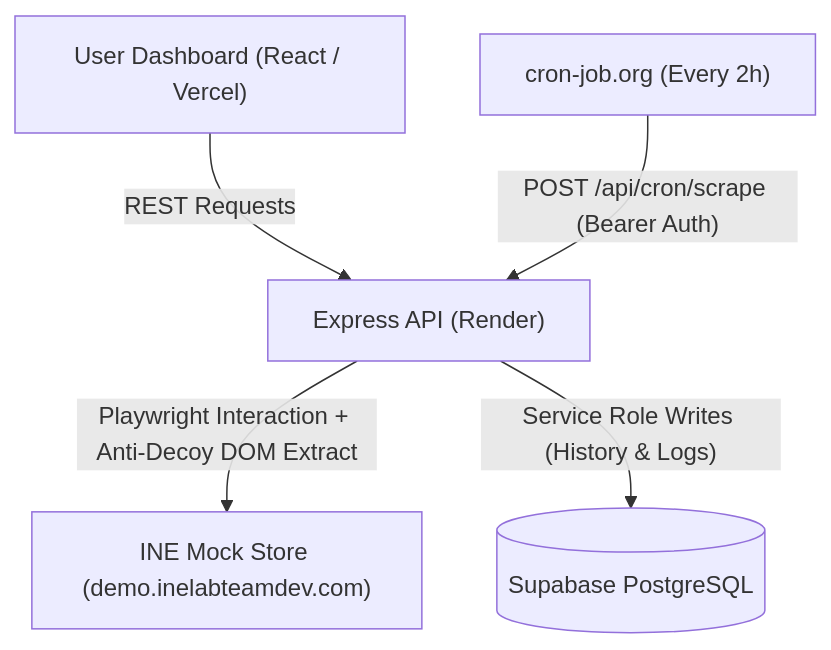
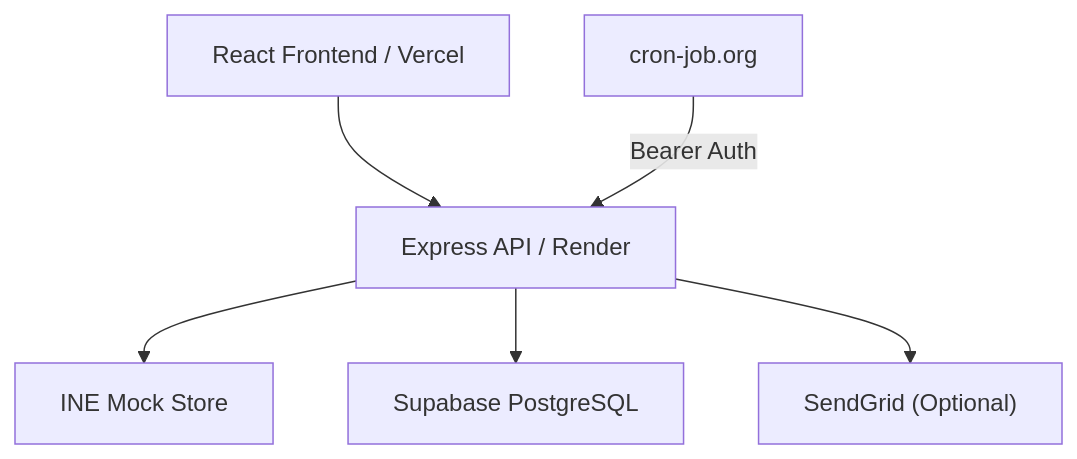
One commit to Mrigank118/INE-price-tracker changed the diagram in README.md. Above: the diagram before and after it, drawn with Mermaid. The commit also changed other lines of this file, not shown here.

````diff
--- a/README.md
+++ b/README.md
@@ -17,7 +22,8 @@
 ```mermaid
 flowchart TD
-    User["User Dashboard (React / Vercel)"] -->|"REST Requests"| Backend["Express API (Render)"]
-    Cron["cron-job.org (Every 2h)"] -->|"POST /api/cron/scrape (Bearer Auth)"| Backend
-    Backend -->|"Playwright Interaction + Anti-Decoy DOM Extract"| INE["INE Mock Store (demo.inelabteamdev.com)"]
-    Backend -->|"Service Role Writes (History & Logs)"| DB[("Supabase PostgreSQL")]
+    User["React Frontend / Vercel"] --> API["Express API / Render"]
+    Cron["cron-job.org"] -->|"Bearer Auth"| API
+    API --> Store["INE Mock Store"]
+    API --> DB["Supabase PostgreSQL"]
+    API --> Alerts["SendGrid (Optional)"]
 ```
````
